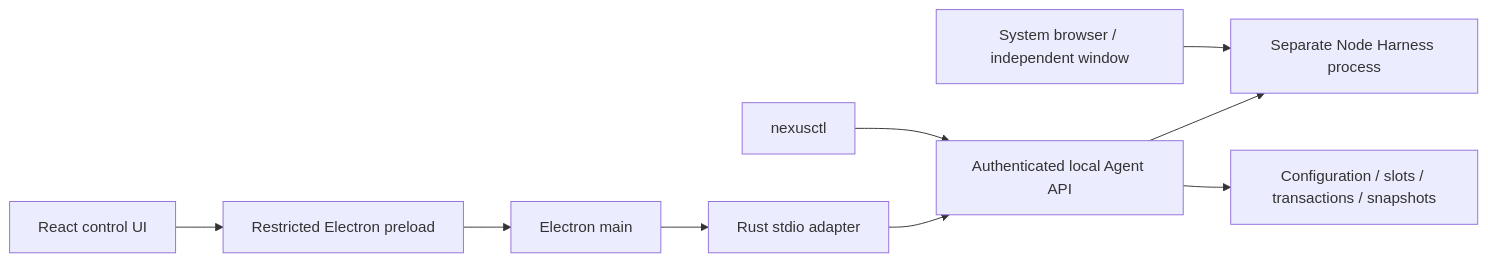
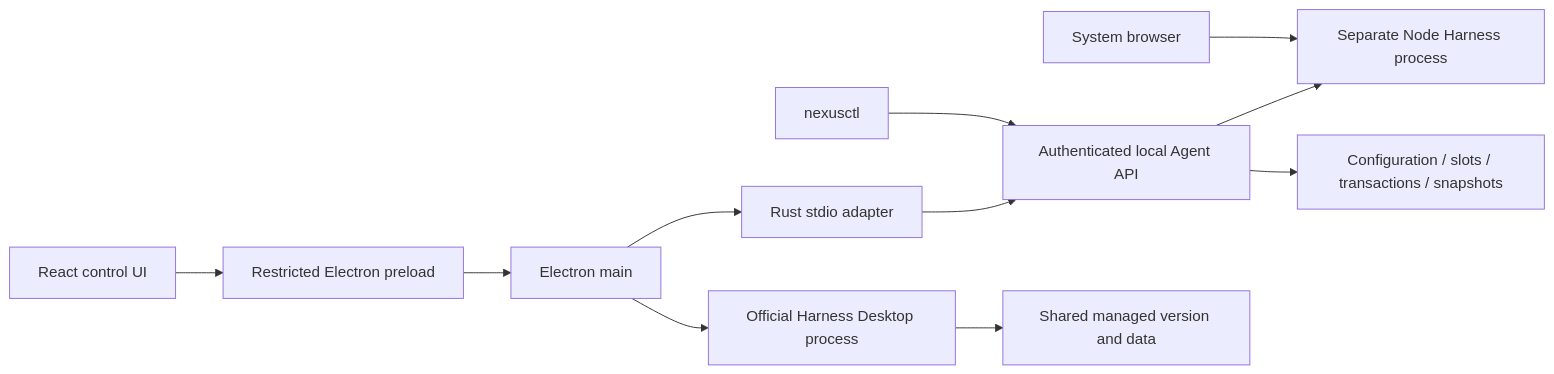
Before and after one commit to chelal233/dsh-nexus: the diagram in docs/architecture-baseline.en.md, drawn with Mermaid. The commit also changed other lines of this file and 33 other files, not shown here.

````diff
--- a/docs/architecture-baseline.en.md
+++ b/docs/architecture-baseline.en.md
@@ -8,11 +8,13 @@
 ```mermaid
 flowchart LR
   UI[React control UI] --> Preload[Restricted Electron preload]
   Preload --> Main[Electron main]
   Main --> Bridge[Rust stdio adapter]
   Bridge --> Agent[Authenticated local Agent API]
   CLI[nexusctl] --> Agent
   Agent --> Harness[Separate Node Harness process]
-  Browser[System browser / independent window] --> Harness
+  Browser[System browser] --> Harness
+  Main --> Desktop[Official Harness Desktop process]
+  Desktop --> Shared[Shared managed version and data]
   Agent --> State[Configuration / slots / transactions / snapshots]
 ```
````
